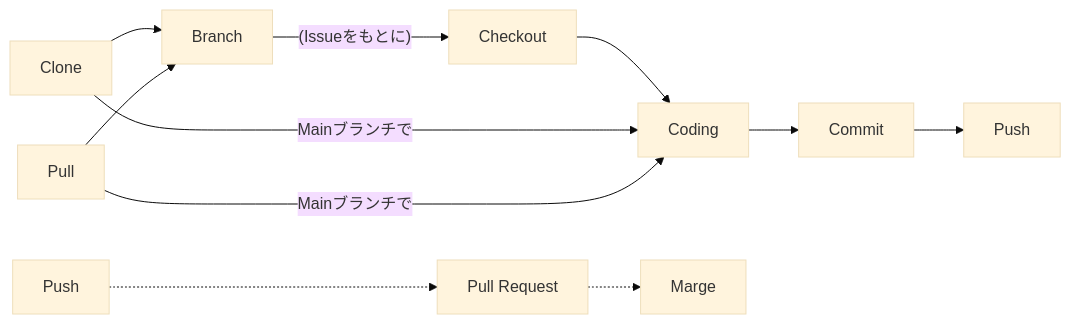
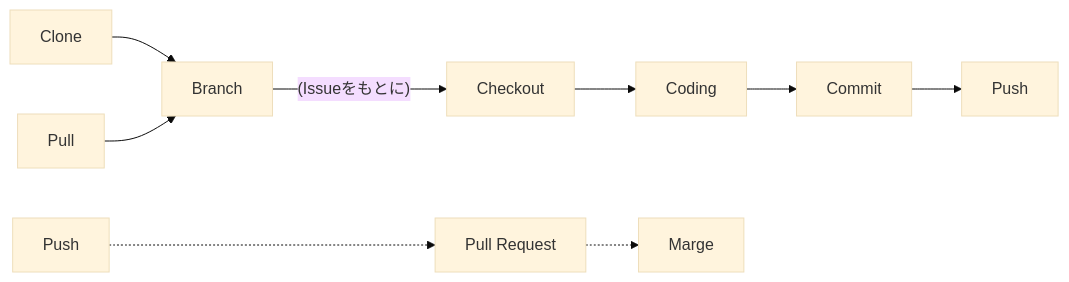
The diagram in GitHub_guilde.md (Curiae-Publish/github_documents), drawn with Mermaid (base theme) before and after one commit. The commit also changed other lines of this file and 1 other file, not shown here.

````diff
--- a/GitHub_guilde.md
+++ b/GitHub_guilde.md
@@ -148,18 +148,17 @@
 ```mermaid
 flowchart LR
 
 clone[Clone]
 branch[Branch]
 checkout[Checkout]
 coding[Coding]
 push[Push]
 pull[Pull]
 marge[Marge]
 pr[Pull Request]
 commit[Commit]
 push'[Push]
 
 clone & pull --> branch -->|"(Issueをもとに)"| checkout --> coding --> commit --> push
-clone & pull -->|Mainブランチで| coding
 push' -..-> pr -.-> marge
 ```
````
